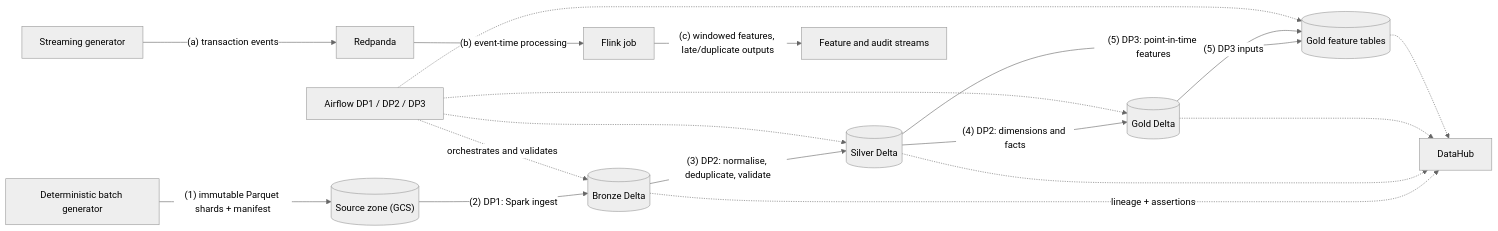
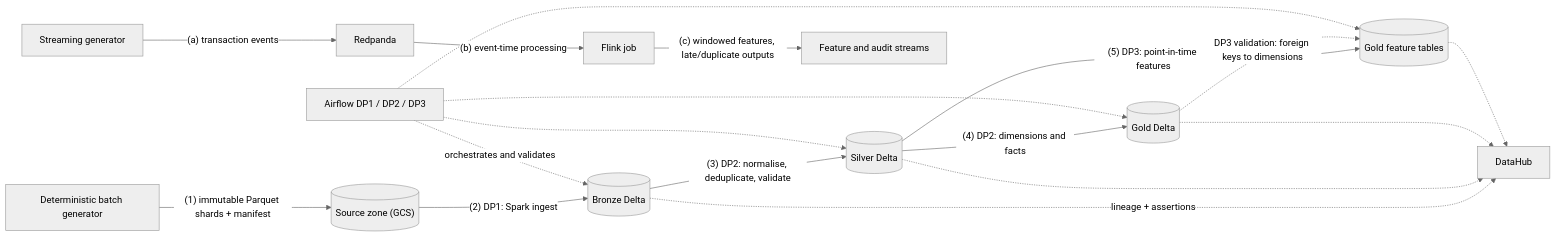
The diagram in docs/edai1/README.md (HuyyGiaa/ewallet-data-ai-platform), drawn with Mermaid (neutral theme) before and after one commit. The commit also changed other lines of this file and 8 other files, not shown here.

Commit message:
docs(edai1): navigation and tracking for the 5GB governance and schema rows

````diff
--- a/docs/edai1/README.md
+++ b/docs/edai1/README.md
@@ -15,20 +15,20 @@
 ```mermaid
 flowchart LR
     DG["Deterministic batch generator"] -->|"(1) immutable Parquet shards + manifest"| SRC[("Source zone (GCS)")]
     SRC -->|"(2) DP1: Spark ingest"| B[("Bronze Delta")]
     B -->|"(3) DP2: normalise, deduplicate, validate"| S[("Silver Delta")]
     S -->|"(4) DP2: dimensions and facts"| G[("Gold Delta")]
     S -->|"(5) DP3: point-in-time features"| F[("Gold feature tables")]
-    G -->|"(5) DP3 inputs"| F
+    G -.->|"DP3 validation: foreign keys to dimensions"| F
     SG["Streaming generator"] -->|"(a) transaction events"| RP["Redpanda"]
     RP -->|"(b) event-time processing"| FL["Flink job"]
     FL -->|"(c) windowed features, late/duplicate outputs"| OUT["Feature and audit streams"]
     A["Airflow DP1 / DP2 / DP3"] -.->|orchestrates and validates| B
     A -.-> S
     A -.-> G
     A -.-> F
     B -.->|lineage + assertions| DH["DataHub"]
     S -.-> DH
     G -.-> DH
     F -.-> DH
 ```
````
